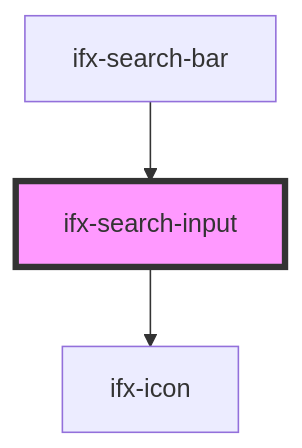
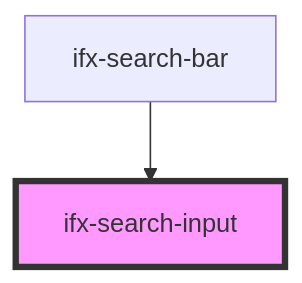
Before and after one commit to Infineon/infineon-design-system-stencil: the diagram in src/components/search-input/readme.md, drawn with Mermaid. The commit also changed other lines of this file and 6 other files, not shown here.

Commit message:
search-bar icon stabilised

````diff
--- a/src/components/search-input/readme.md
+++ b/src/components/search-input/readme.md
@@ -35,6 +31,5 @@
 ```mermaid
 graph TD;
-  ifx-search-input --> ifx-icon
   ifx-search-bar --> ifx-search-input
   style ifx-search-input fill:#f9f,stroke:#333,stroke-width:4px
 ```
````
